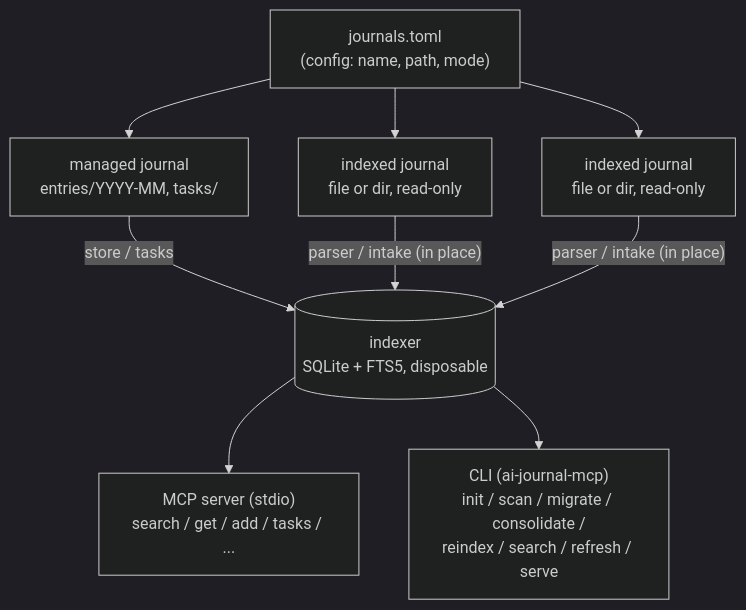
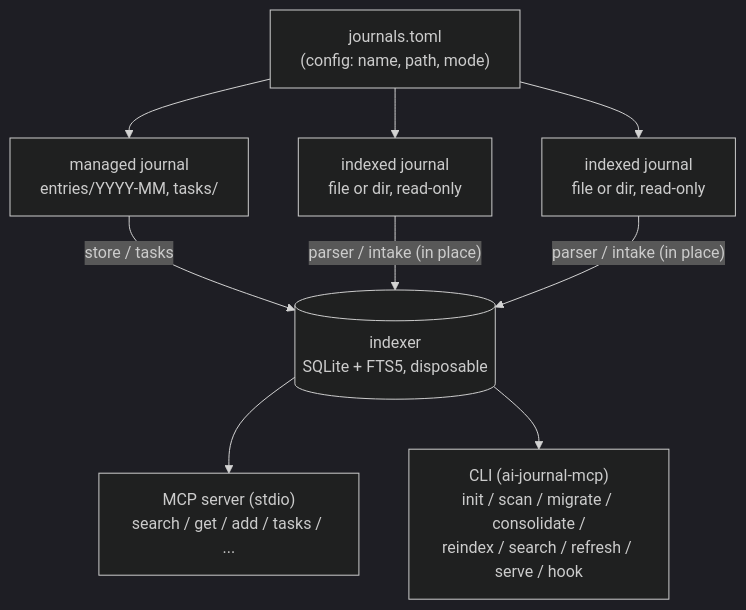
Before and after one commit to solentlabs/ai-journal-mcp: the first of 3 diagrams in docs/ARCHITECTURE.md, drawn with Mermaid (dark theme). The commit also changed other lines of this file and 14 other files, not shown here.

````diff
--- a/docs/ARCHITECTURE.md
+++ b/docs/ARCHITECTURE.md
@@ -11,15 +11,15 @@
 ```mermaid
 flowchart TD
     config["journals.toml<br/>(config: name, path, mode)"]
 
     config --> managed["managed journal<br/>entries/YYYY-MM, tasks/"]
     config --> indexed1["indexed journal<br/>file or dir, read-only"]
     config --> indexed2["indexed journal<br/>file or dir, read-only"]
 
     managed -->|"store / tasks"| indexer[("indexer<br/>SQLite + FTS5, disposable")]
     indexed1 -->|"parser / intake (in place)"| indexer
     indexed2 -->|"parser / intake (in place)"| indexer
 
     indexer --> server["MCP server (stdio)<br/>search / get / add / tasks / ..."]
-    indexer --> cli["CLI (ai-journal-mcp)<br/>init / scan / migrate / consolidate /<br/>reindex / search / refresh / serve"]
+    indexer --> cli["CLI (ai-journal-mcp)<br/>init / scan / migrate / consolidate /<br/>reindex / search / refresh / serve / hook"]
 ```
````
